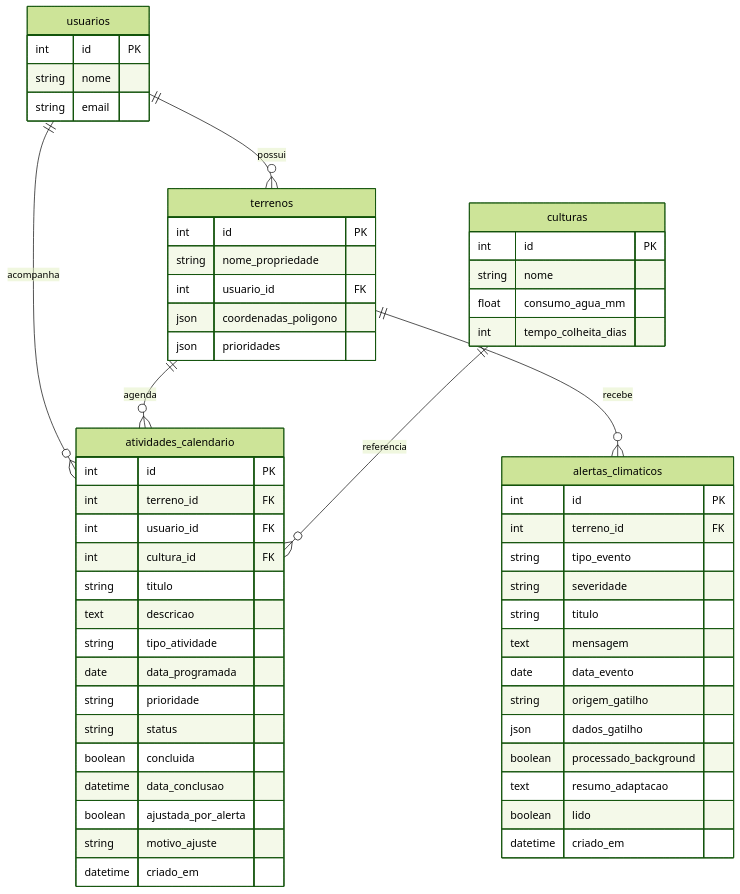
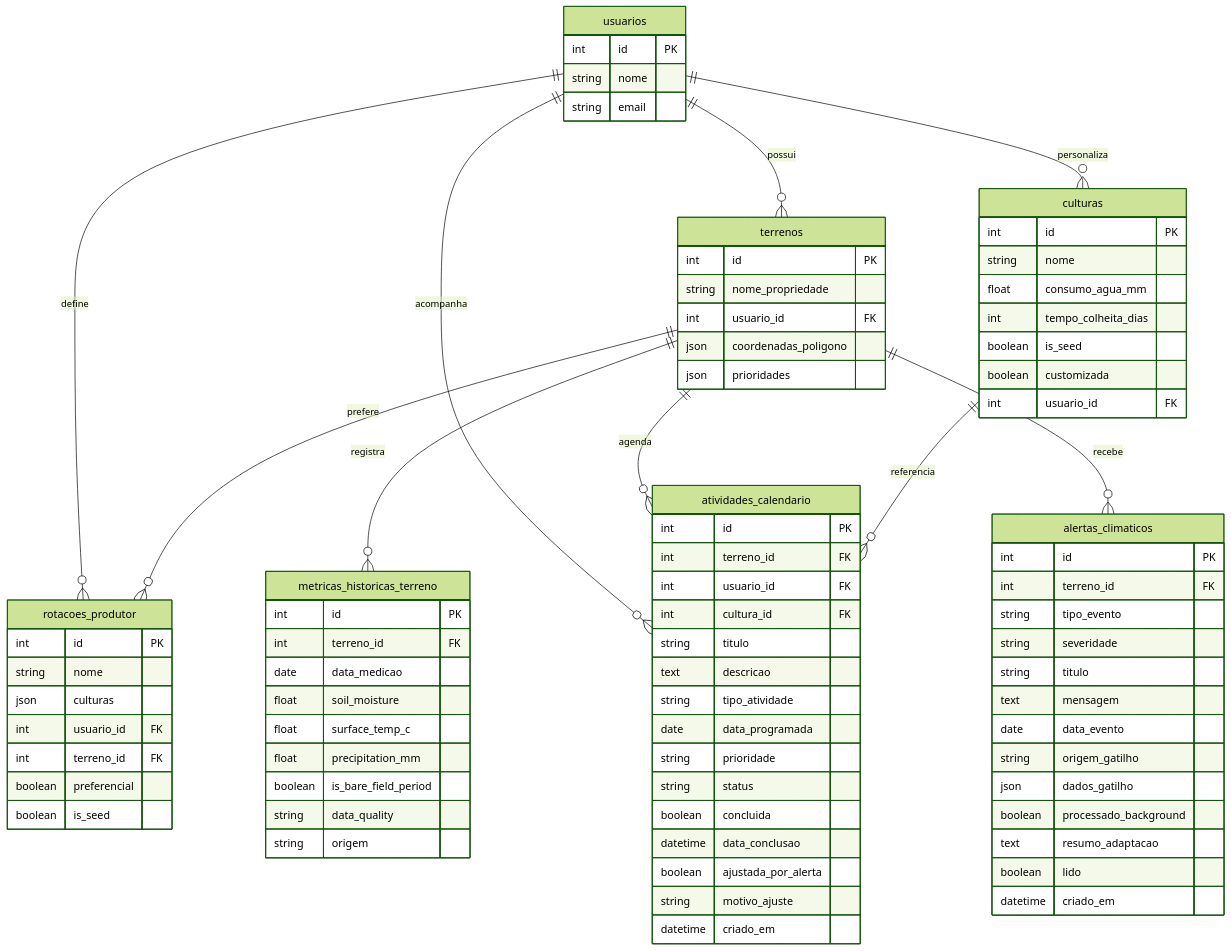
The first of 3 diagrams in docs/Arquitetura/README.md (EdsonToppzera/kultiva), drawn with Mermaid (forest theme) before and after one commit. The commit also changed 23 other files, not shown here.

````diff
--- a/docs/Arquitetura/README.md
+++ b/docs/Arquitetura/README.md
@@ -7,7 +7,11 @@
 ```mermaid
 erDiagram
     usuarios ||--o{ terrenos : possui
+    usuarios ||--o{ culturas : personaliza
+    usuarios ||--o{ rotacoes_produtor : define
     usuarios ||--o{ atividades_calendario : acompanha
+    terrenos ||--o{ rotacoes_produtor : prefere
+    terrenos ||--o{ metricas_historicas_terreno : registra
     terrenos ||--o{ atividades_calendario : agenda
     culturas ||--o{ atividades_calendario : referencia
     terrenos ||--o{ alertas_climaticos : recebe
@@ -31,6 +35,31 @@
         string nome
         float consumo_agua_mm
         int tempo_colheita_dias
+        boolean is_seed
+        boolean customizada
+        int usuario_id FK
+    }
+
+    rotacoes_produtor {
+        int id PK
+        string nome
+        json culturas
+        int usuario_id FK
+        int terreno_id FK
+        boolean preferencial
+        boolean is_seed
+    }
+
+    metricas_historicas_terreno {
+        int id PK
+        int terreno_id FK
+        date data_medicao
+        float soil_moisture
+        float surface_temp_c
+        float precipitation_mm
+        boolean is_bare_field_period
+        string data_quality
+        string origem
     }
 
     atividades_calendario {
````
